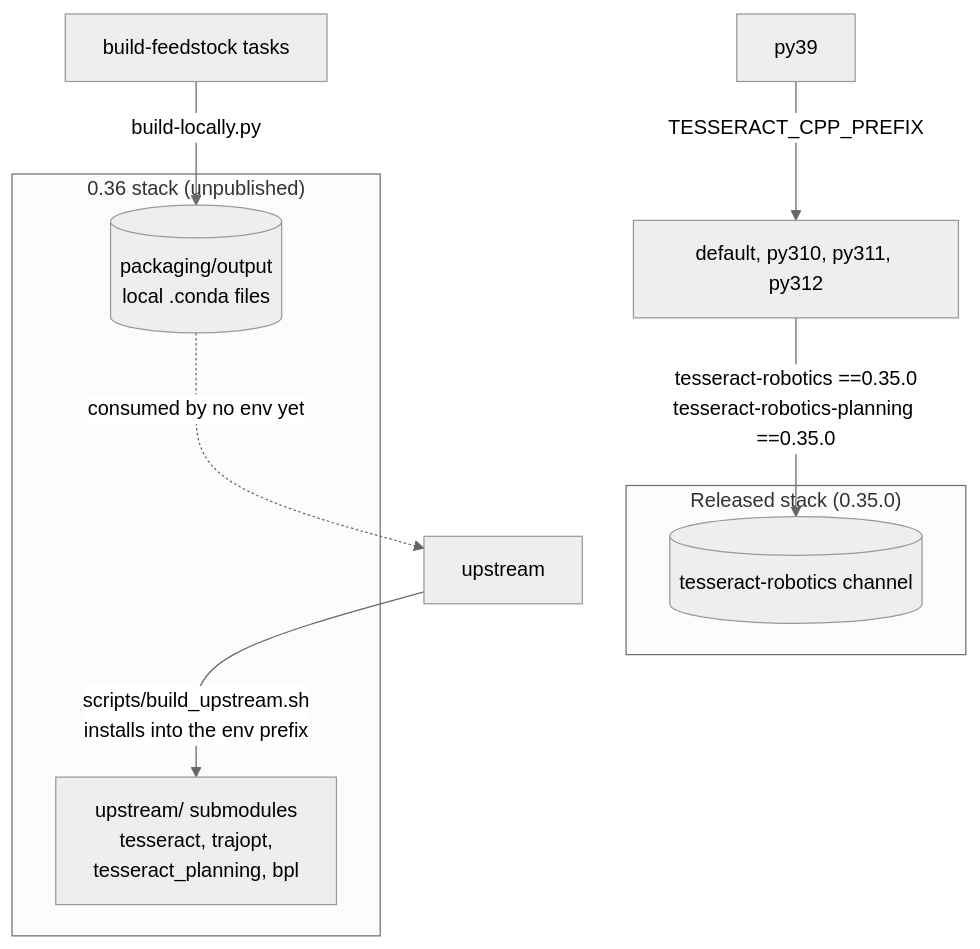
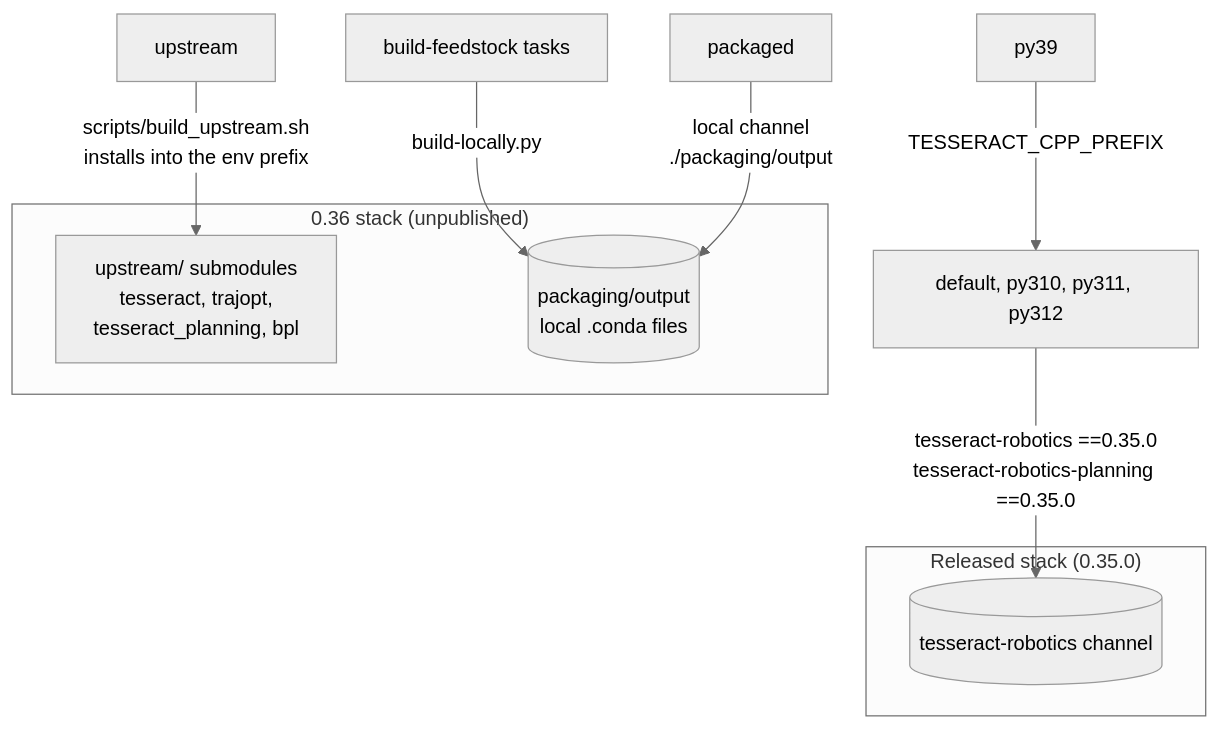
One commit to tesseract-robotics/tesseract_nanobind changed the second of 4 diagrams in docs/developer/binaries.md. Above: the diagram before and after it, drawn with Mermaid (neutral theme). The commit also changed other lines of this file and 2 other files, not shown here.

First line of the commit message:
build(pixi): packaged env tests the bindings against the 0.36 dev packages (#162)

````diff
--- a/docs/developer/binaries.md
+++ b/docs/developer/binaries.md
@@ -101,15 +101,15 @@
 ```mermaid
 flowchart TB
     subgraph released["Released stack (0.35.0)"]
         CH[(tesseract-robotics channel)]
     end
     subgraph src["0.36 stack (unpublished)"]
         SM[upstream/ submodules<br/>tesseract, trajopt,<br/>tesseract_planning, bpl]
         OUT[(packaging/output<br/>local .conda files)]
     end
     D[default, py310, py311, py312] -->|tesseract-robotics ==0.35.0<br/>tesseract-robotics-planning ==0.35.0| CH
     P39[py39] -->|TESSERACT_CPP_PREFIX| D
     U[upstream] -->|scripts/build_upstream.sh<br/>installs into the env prefix| SM
     FS[build-feedstock tasks] -->|build-locally.py| OUT
-    OUT -.->|consumed by no env yet| U
+    PK[packaged] -->|local channel<br/>./packaging/output| OUT
 ```
````
